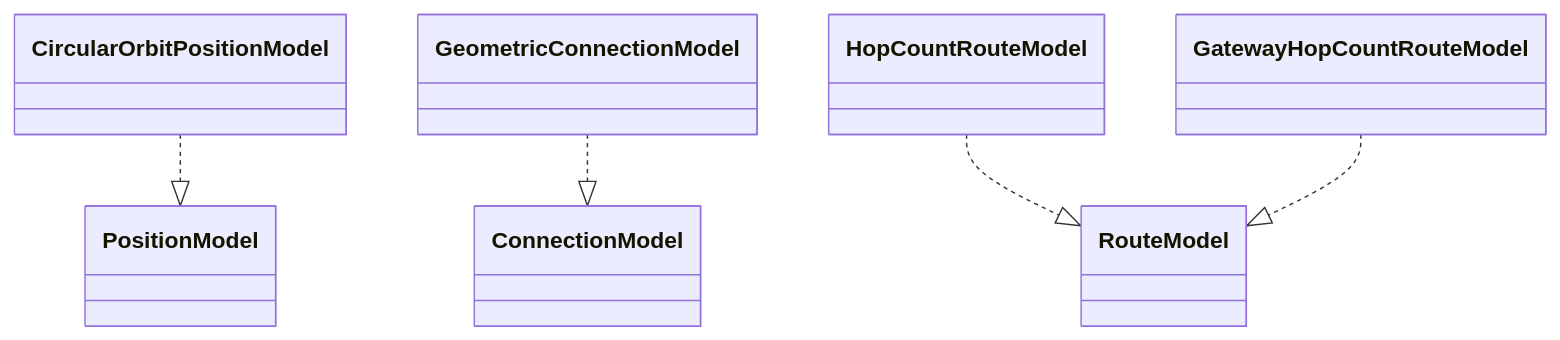
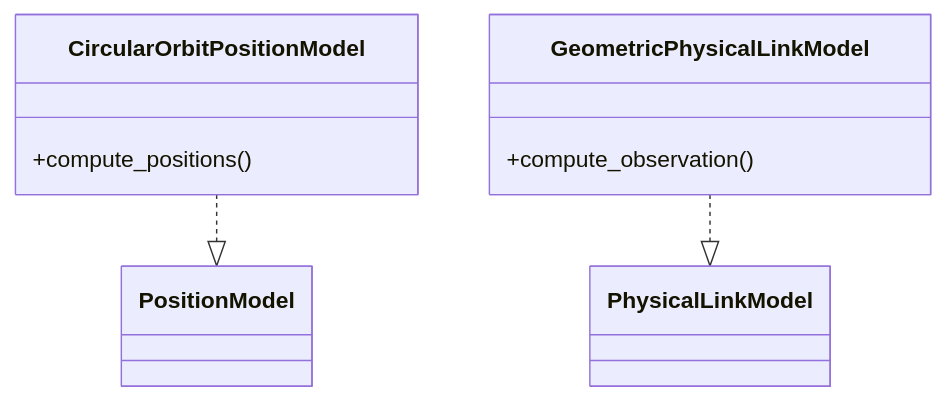
One commit to seed-labs/skyseed changed the first of 2 diagrams in skyseed_v2/src/skyseed_v2/simulator/models/README.md. Above: the diagram before and after it, drawn with Mermaid. The commit also changed other lines of this file and 256 other files, not shown here.

Commit message:
refactor: complete network planner architecture cutover

````diff
--- a/skyseed_v2/src/skyseed_v2/simulator/models/README.md
+++ b/skyseed_v2/src/skyseed_v2/simulator/models/README.md
@@ -14,15 +10,13 @@
 ```mermaid
 classDiagram
     class PositionModel
-    class ConnectionModel
-    class RouteModel
-    class CircularOrbitPositionModel
-    class GeometricConnectionModel
-    class HopCountRouteModel
-    class GatewayHopCountRouteModel
-
+    class PhysicalLinkModel
+    class CircularOrbitPositionModel {
+        +compute_positions()
+    }
+    class GeometricPhysicalLinkModel {
+        +compute_observation()
+    }
     CircularOrbitPositionModel ..|> PositionModel
-    GeometricConnectionModel ..|> ConnectionModel
-    HopCountRouteModel ..|> RouteModel
-    GatewayHopCountRouteModel ..|> RouteModel
+    GeometricPhysicalLinkModel ..|> PhysicalLinkModel
 ```
````
